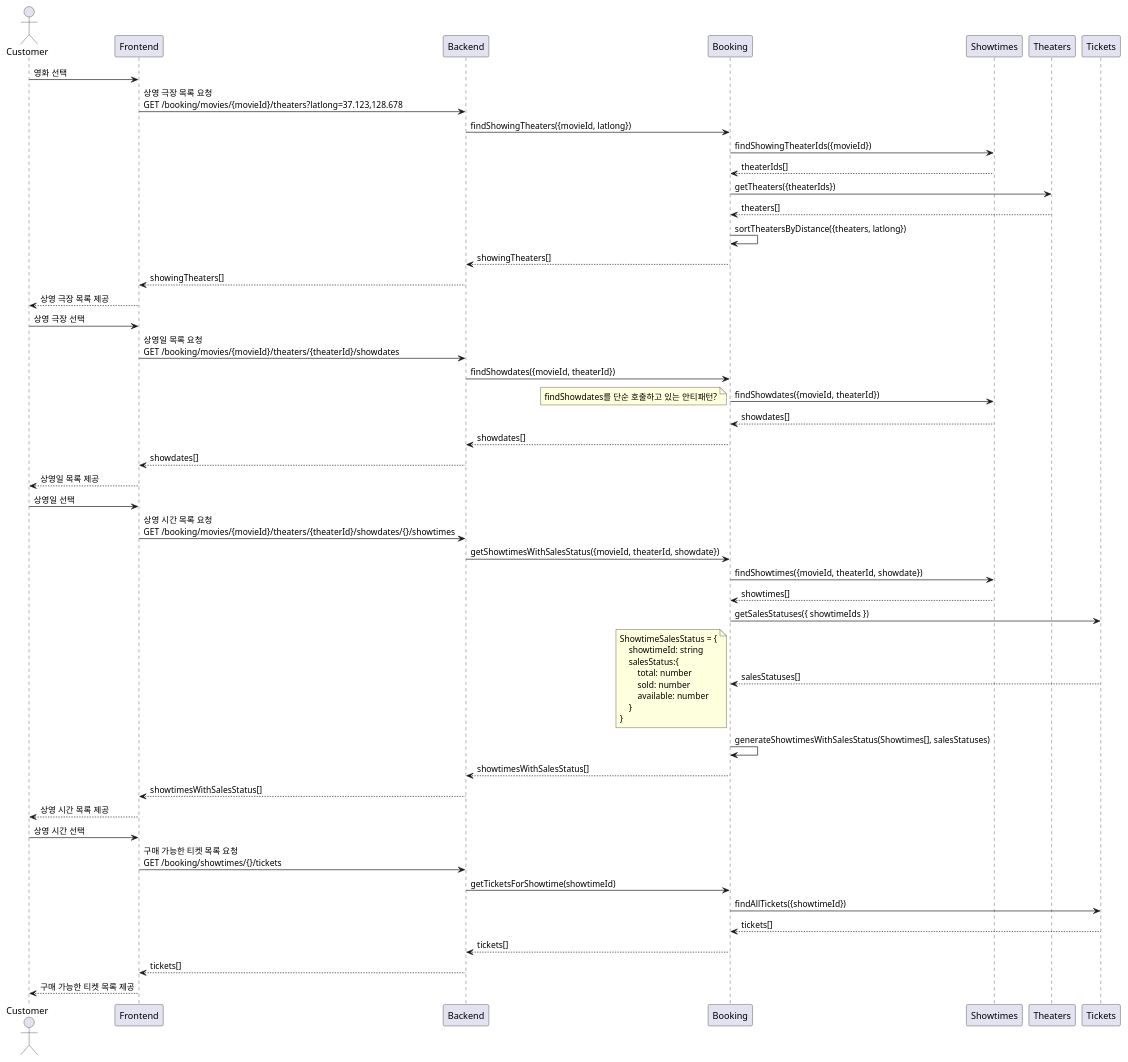
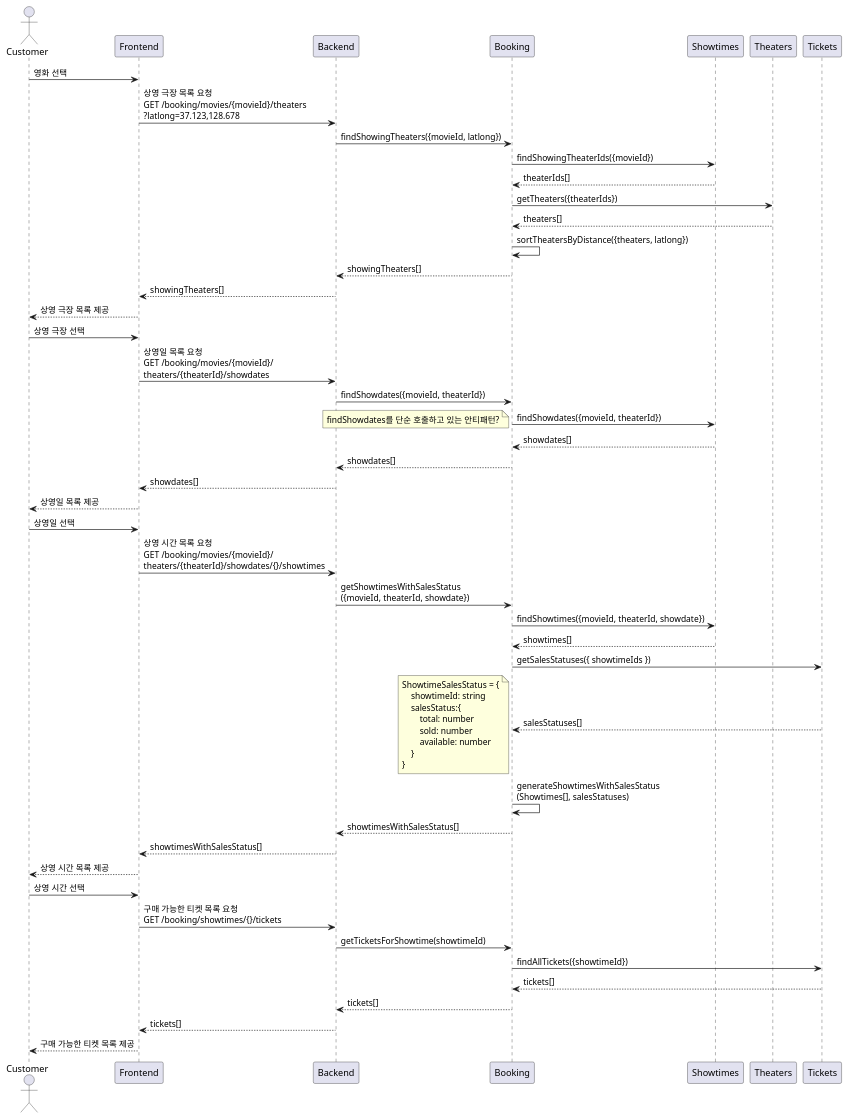
The second of 3 diagrams in docs/tickets-purchase.md (mannercode/nest-seed), drawn with PlantUML before and after one commit. The commit also changed other lines of this file and 16 other files, not shown here.

````diff
--- a/docs/tickets-purchase.md
+++ b/docs/tickets-purchase.md
@@ -101,59 +101,59 @@
 ```plantuml
 @startuml
 actor Customer
 
 Customer -> Frontend : 영화 선택
-    Frontend -> Backend : 상영 극장 목록 요청\nGET /booking/movies/{movieId}/theaters?latlong=37.123,128.678
+    Frontend -> Backend : 상영 극장 목록 요청\nGET /booking/movies/{movieId}/theaters\n?latlong=37.123,128.678
         Backend -> Booking: findShowingTheaters({movieId, latlong})
             Booking -> Showtimes: findShowingTheaterIds({movieId})
             Booking <-- Showtimes: theaterIds[]
             Booking -> Theaters: getTheaters({theaterIds})
             Booking <-- Theaters: theaters[]
             Booking -> Booking: sortTheatersByDistance({theaters, latlong})
         Backend <-- Booking: showingTheaters[]
     Frontend <-- Backend : showingTheaters[]
 Customer <-- Frontend : 상영 극장 목록 제공
 
 Customer -> Frontend : 상영 극장 선택
-    Frontend -> Backend : 상영일 목록 요청\nGET /booking/movies/{movieId}/theaters/{theaterId}/showdates
+    Frontend -> Backend : 상영일 목록 요청\nGET /booking/movies/{movieId}/\ntheaters/{theaterId}/showdates
         Backend -> Booking: findShowdates({movieId, theaterId})
             Booking -> Showtimes: findShowdates({movieId, theaterId})
                 note left
                 findShowdates를 단순 호출하고 있는 안티패턴?
                 end note
             Booking <-- Showtimes: showdates[]
         Backend <-- Booking: showdates[]
     Frontend <-- Backend : showdates[]
 Customer <-- Frontend : 상영일 목록 제공
 
 Customer -> Frontend : 상영일 선택
-    Frontend -> Backend : 상영 시간 목록 요청\nGET /booking/movies/{movieId}/theaters/{theaterId}/showdates/{}/showtimes
-        Backend -> Booking: getShowtimesWithSalesStatus({movieId, theaterId, showdate})
+    Frontend -> Backend : 상영 시간 목록 요청\nGET /booking/movies/{movieId}/\ntheaters/{theaterId}/showdates/{}/showtimes
+        Backend -> Booking: getShowtimesWithSalesStatus\n({movieId, theaterId, showdate})
             Booking -> Showtimes: findShowtimes({movieId, theaterId, showdate})
             Booking <-- Showtimes: showtimes[]
             Booking -> Tickets: getSalesStatuses({ showtimeIds })
             Booking <-- Tickets: salesStatuses[]
             note left
             ShowtimeSalesStatus = {
                 showtimeId: string
                 salesStatus:{
                     total: number
                     sold: number
                     available: number
                 }
             }
             end note
-            Booking -> Booking: generateShowtimesWithSalesStatus(Showtimes[], salesStatuses)
+            Booking -> Booking: generateShowtimesWithSalesStatus\n(Showtimes[], salesStatuses)
         Backend <-- Booking: showtimesWithSalesStatus[]
     Frontend <-- Backend : showtimesWithSalesStatus[]
 Customer <-- Frontend : 상영 시간 목록 제공
 
 Customer -> Frontend : 상영 시간 선택
     Frontend -> Backend : 구매 가능한 티켓 목록 요청\nGET /booking/showtimes/{}/tickets
         Backend -> Booking : getTicketsForShowtime(showtimeId)
             Booking -> Tickets : findAllTickets({showtimeId})
             Booking <-- Tickets : tickets[]
         Backend <-- Booking: tickets[]
     Frontend <-- Backend : tickets[]
 Customer <-- Frontend : 구매 가능한 티켓 목록 제공
 ```
````
